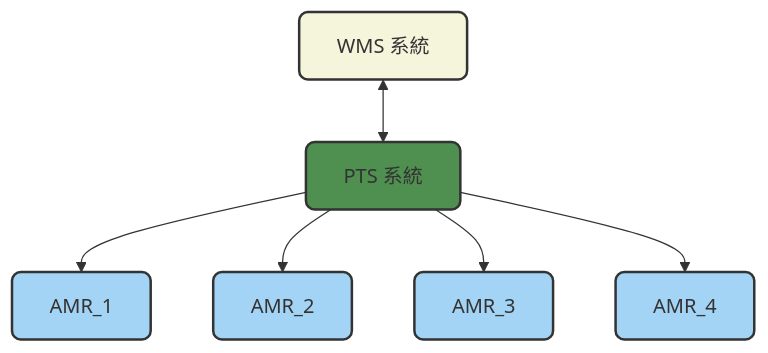
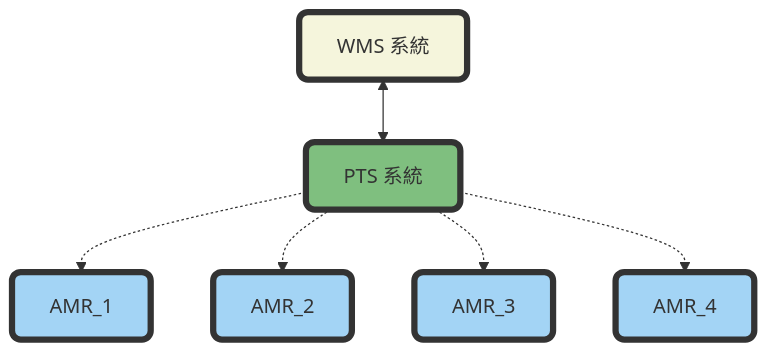
Before and after one commit to athena-tircgo/amr-wms-lsj: the first of 5 diagrams in README.md, drawn with Mermaid.

````diff
--- a/README.md
+++ b/README.md
@@ -22,25 +22,25 @@
 ```mermaid
 flowchart TD
     %% 節點設定
-    style WMS fill:#f5f5dc,stroke:#333,stroke-width:2px,rx:7,ry:7
-    style PTS fill:#4f8f4f,stroke:#333,stroke-width:2px,rx:7,ry:7
-    style AMR1 fill:#a3d4f5,stroke:#333,stroke-width:2px,rx:7,ry:7
-    style AMR2 fill:#a3d4f5,stroke:#333,stroke-width:2px,rx:7,ry:7
-    style AMR3 fill:#a3d4f5,stroke:#333,stroke-width:2px,rx:7,ry:7
-    style AMR4 fill:#a3d4f5,stroke:#333,stroke-width:2px,rx:7,ry:7
+    style WMS fill:#f5f5dc,stroke:#333,stroke-width:5px,rx:7,ry:7
+    style PTS fill:#7fbf7f,stroke:#333,stroke-width:5px,rx:7,ry:7
+    style AMR1 fill:#a3d4f5,stroke:#333,stroke-width:5px,rx:7,ry:7
+    style AMR2 fill:#a3d4f5,stroke:#333,stroke-width:5px,rx:7,ry:7
+    style AMR3 fill:#a3d4f5,stroke:#333,stroke-width:5px,rx:7,ry:7
+    style AMR4 fill:#a3d4f5,stroke:#333,stroke-width:5px,rx:7,ry:7
 
     %% 節點文字
     WMS["WMS 系統"]
     PTS["PTS 系統"]
     AMR1["AMR_1"]
     AMR2["AMR_2"]
     AMR3["AMR_3"]
     AMR4["AMR_4"]
 
     %% 連線
     WMS <-->PTS
-    PTS -->AMR1
-    PTS -->AMR2
-    PTS -->AMR3
-    PTS -->AMR4
+    PTS -.->AMR1
+    PTS -.->AMR2
+    PTS -.->AMR3
+    PTS -.->AMR4
 ```
````
